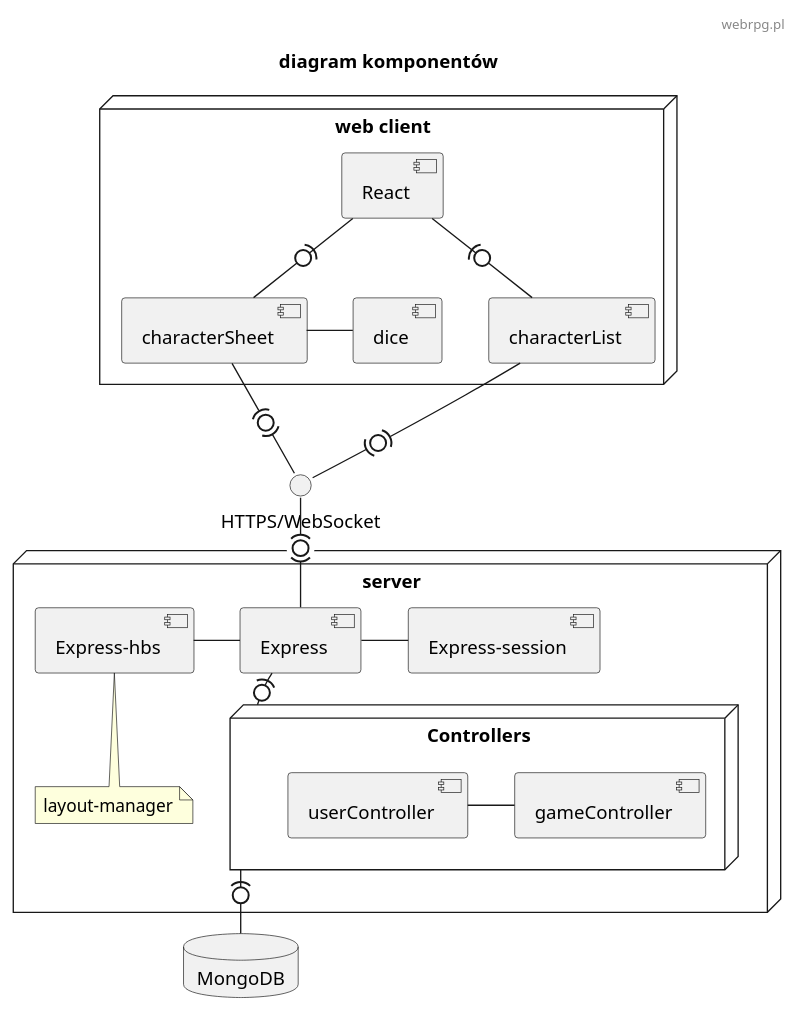
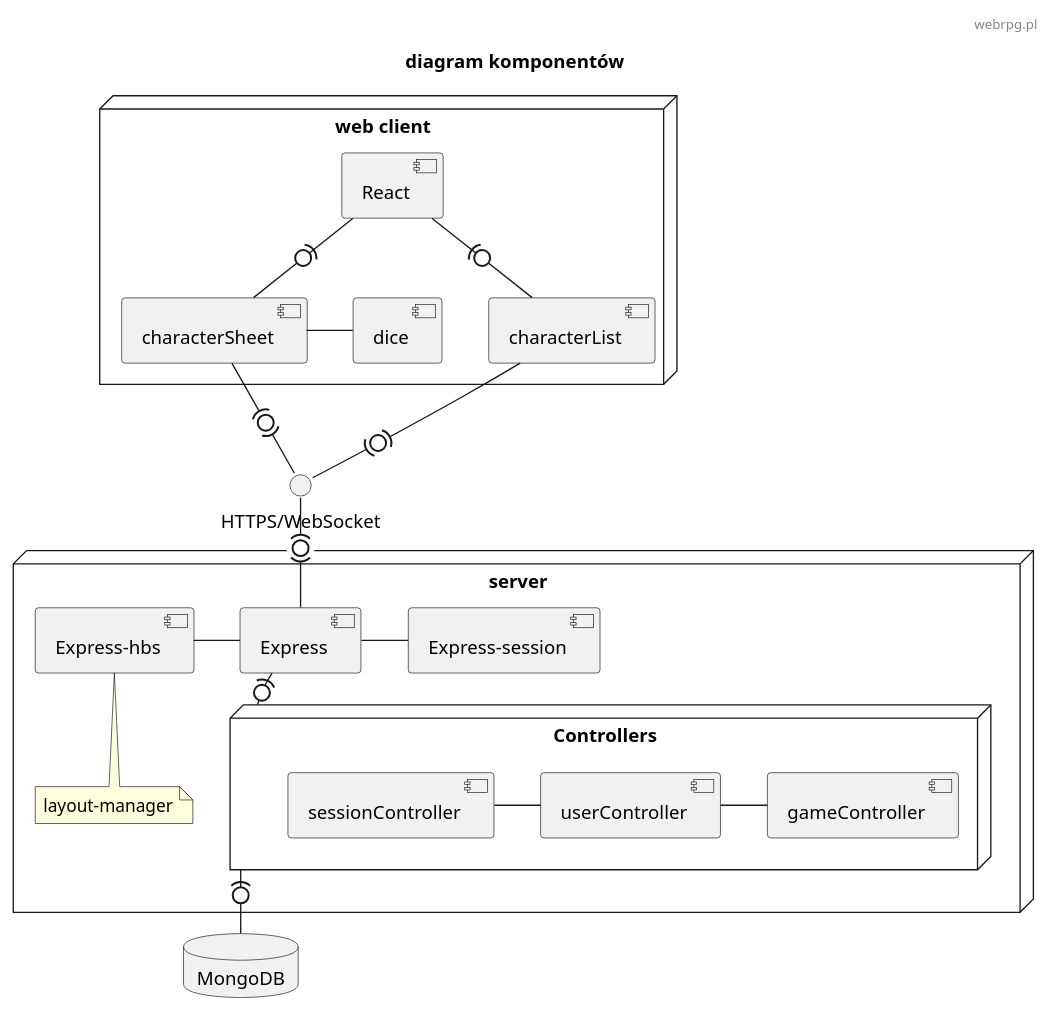
The diagram in diagrams/diagram_komponentów.plantuml (TheVivent-Politechnika-Lodzka/io_webrpg), drawn with PlantUML before and after one commit. The commit also changed 2 other files, not shown here.

Commit message:
diagramy sekwencji done

```diff
--- a/diagrams/diagram_komponentów.plantuml
+++ b/diagrams/diagram_komponentów.plantuml
@@ -1,40 +1,41 @@
 @startuml
 skinparam defaultFontName "Comic Sans MS"
 header webrpg.pl
 title "diagram komponentów"
 'left to right direction
 
 interface "HTTPS/WebSocket" as HTTPS
 
 node "web client" {
     '[View] <-- HTTPS
     [React] -(0- [characterSheet] 
     [React] -(0- [characterList]
     [characterSheet] -(0)- HTTPS
     [characterSheet] - [dice]
     [characterList] -(0)- HTTPS
 
 }
 
 node "server" {
     
     HTTPS -(0)- [Express]
     [Express-hbs] - [Express]
     [Express] - [Express-session]
     note bottom of [Express-hbs]
         layout-manager
     end note
 
 
     [Express] -(0- Controllers
     node Controllers {
+        [sessionController] - [userController]
         [userController] - [gameController]
     }
 
 }
 
 
 database "MongoDB"
 Controllers -(0- MongoDB
 
 @enduml
```
